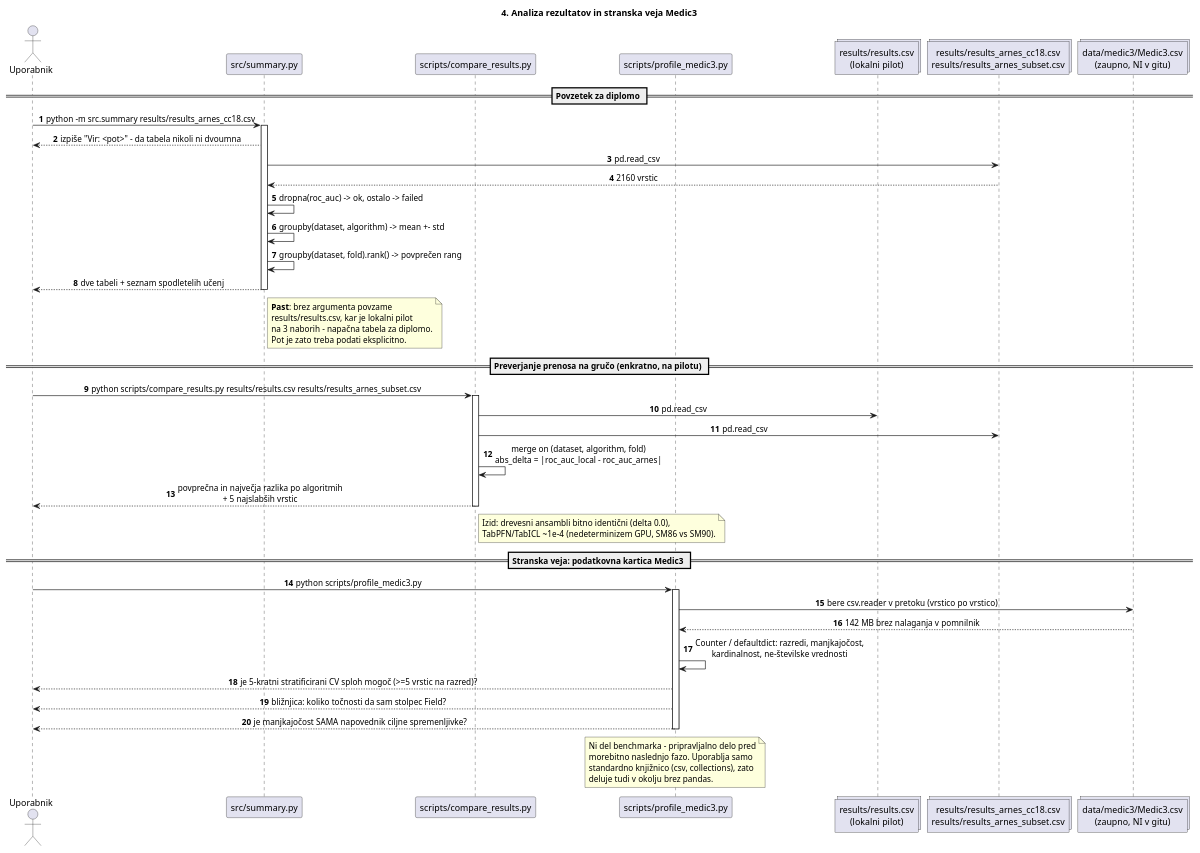
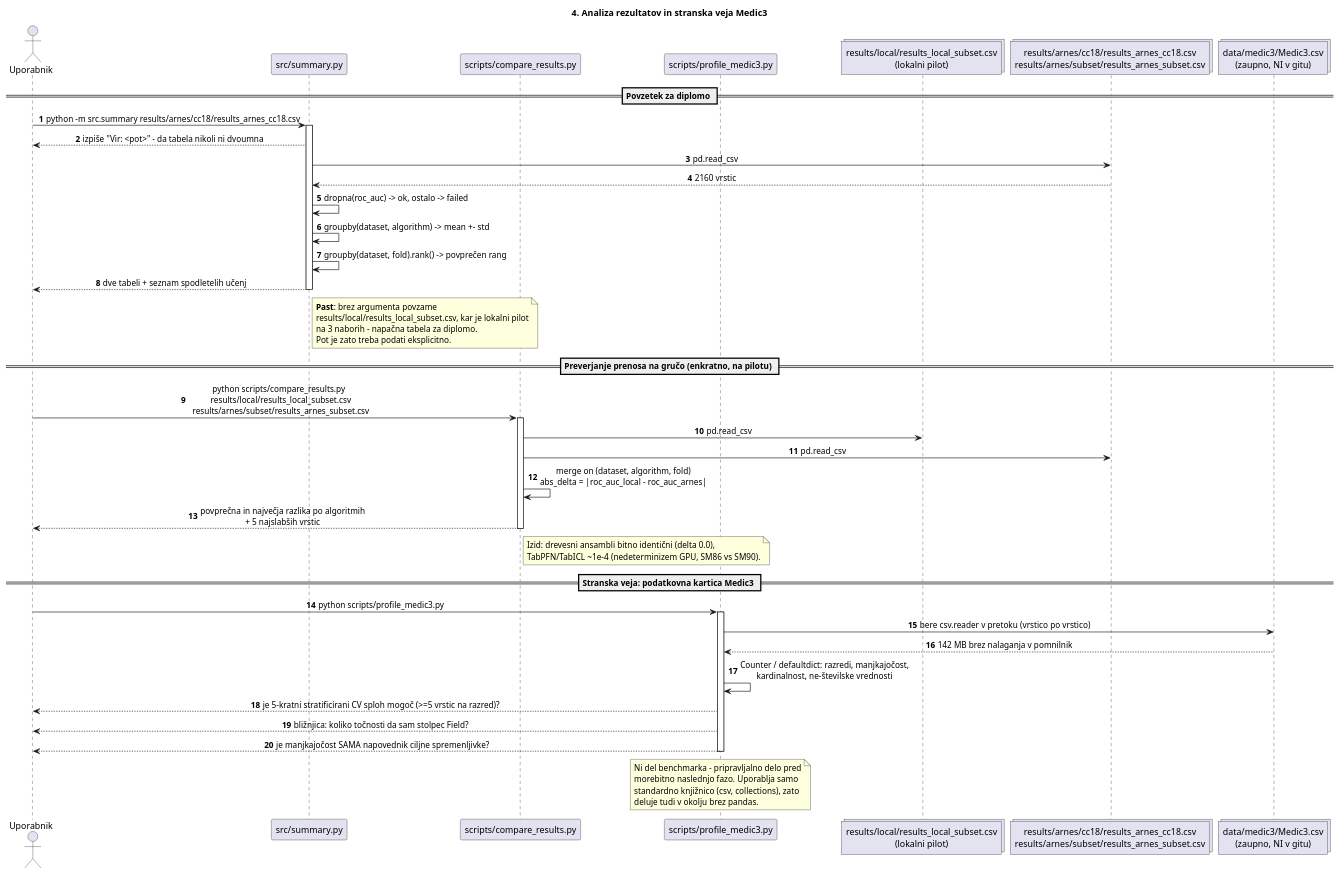
The fourth of 4 diagrams in razlaga_repozitorija/zaporedje.puml (TilenZrnec/Diplomsko-delo_Koda), drawn with PlantUML before and after one commit. The commit also changed other lines of this file and 17 other files, not shown here.

```diff
--- a/razlaga_repozitorija/zaporedje.puml
+++ b/razlaga_repozitorija/zaporedje.puml
@@ -304,69 +304,69 @@
 @startuml 04_analiza
 title 4. Analiza rezultatov in stranska veja Medic3
 
 skinparam sequenceMessageAlign center
 autonumber
 
 actor "Uporabnik" as U
 participant "src/summary.py" as SUM
 participant "scripts/compare_results.py" as CMP
 participant "scripts/profile_medic3.py" as MED
-collections "results/results.csv\n(lokalni pilot)" as LOCAL
-collections "results/results_arnes_cc18.csv\nresults/results_arnes_subset.csv" as ARNES
+collections "results/local/results_local_subset.csv\n(lokalni pilot)" as LOCAL
+collections "results/arnes/cc18/results_arnes_cc18.csv\nresults/arnes/subset/results_arnes_subset.csv" as ARNES
 collections "data/medic3/Medic3.csv\n(zaupno, NI v gitu)" as M3
 
 == Povzetek za diplomo ==
 
-U -> SUM : python -m src.summary results/results_arnes_cc18.csv
+U -> SUM : python -m src.summary results/arnes/cc18/results_arnes_cc18.csv
 activate SUM
 SUM --> U : izpiše "Vir: <pot>" - da tabela nikoli ni dvoumna
 SUM -> ARNES : pd.read_csv
 ARNES --> SUM : 2160 vrstic
 SUM -> SUM : dropna(roc_auc) -> ok, ostalo -> failed
 SUM -> SUM : groupby(dataset, algorithm) -> mean +- std
 SUM -> SUM : groupby(dataset, fold).rank() -> povprečen rang
 SUM --> U : dve tabeli + seznam spodletelih učenj
 deactivate SUM
 
 note right of SUM
   **Past**: brez argumenta povzame
-  results/results.csv, kar je lokalni pilot
+  results/local/results_local_subset.csv, kar je lokalni pilot
   na 3 naborih - napačna tabela za diplomo.
   Pot je zato treba podati eksplicitno.
 end note
 
 == Preverjanje prenosa na gručo (enkratno, na pilotu) ==
 
-U -> CMP : python scripts/compare_results.py results/results.csv results/results_arnes_subset.csv
+U -> CMP : python scripts/compare_results.py\n  results/local/results_local_subset.csv\n  results/arnes/subset/results_arnes_subset.csv
 activate CMP
 CMP -> LOCAL : pd.read_csv
 CMP -> ARNES : pd.read_csv
 CMP -> CMP : merge on (dataset, algorithm, fold)\nabs_delta = |roc_auc_local - roc_auc_arnes|
 CMP --> U : povprečna in največja razlika po algoritmih\n+ 5 najslabših vrstic
 deactivate CMP
 
 note right of CMP
   Izid: drevesni ansambli bitno identični (delta 0.0),
   TabPFN/TabICL ~1e-4 (nedeterminizem GPU, SM86 vs SM90).
 end note
 
 == Stranska veja: podatkovna kartica Medic3 ==
 
 U -> MED : python scripts/profile_medic3.py
 activate MED
 MED -> M3 : bere csv.reader v pretoku (vrstico po vrstico)
 M3 --> MED : 142 MB brez nalaganja v pomnilnik
 MED -> MED : Counter / defaultdict: razredi, manjkajočost,\nkardinalnost, ne-številske vrednosti
 MED --> U : je 5-kratni stratificirani CV sploh mogoč (>=5 vrstic na razred)?
 MED --> U : bližnjica: koliko točnosti da sam stolpec Field?
 MED --> U : je manjkajočost SAMA napovednik ciljne spremenljivke?
 deactivate MED
 
 note over MED
   Ni del benchmarka - pripravljalno delo pred
   morebitno naslednjo fazo. Uporablja samo
   standardno knjižnico (csv, collections), zato
   deluje tudi v okolju brez pandas.
 end note
 
 @enduml
```
